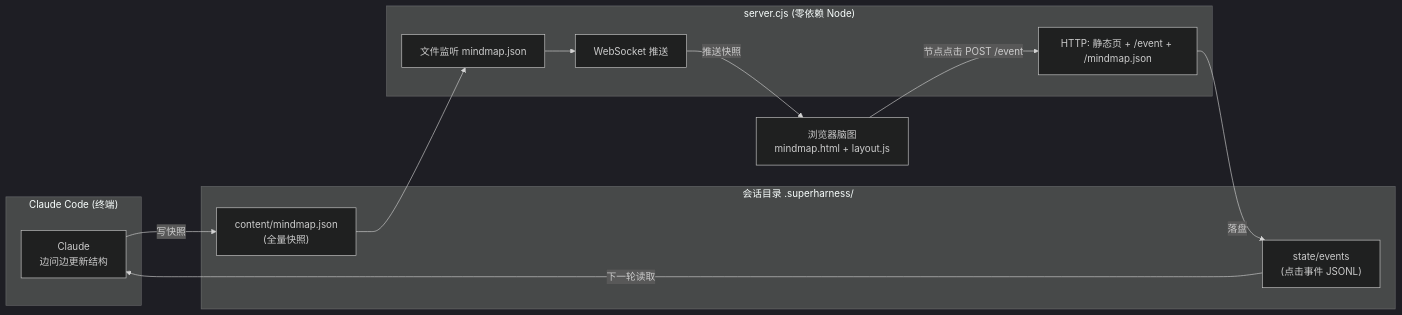
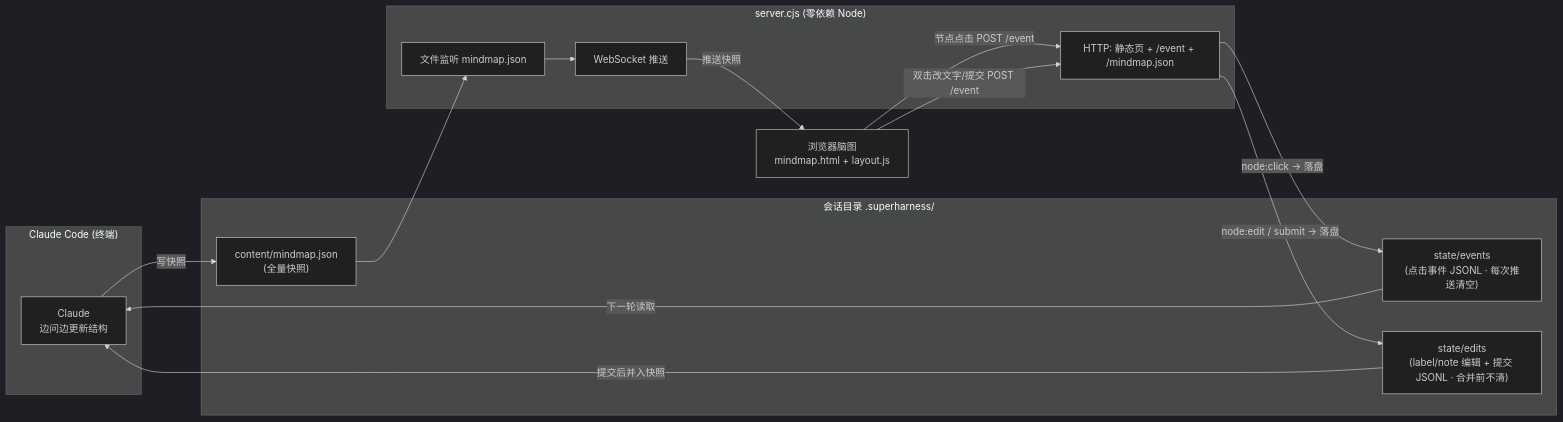
Before and after one commit to YachuanWzh/harness: the eighth of 12 diagrams in 技术方案文档.md, drawn with Mermaid (dark theme). The commit also changed other lines of this file, not shown here.

````diff
--- a/技术方案文档.md
+++ b/技术方案文档.md
@@ -277,24 +277,28 @@
 ```mermaid
 flowchart LR
     subgraph CC["Claude Code (终端)"]
         CLAUDE["Claude<br/>边问边更新结构"]
     end
     subgraph SRV["server.cjs (零依赖 Node)"]
         WATCH["文件监听 mindmap.json"]
         WS["WebSocket 推送"]
         HTTP["HTTP: 静态页 + /event + /mindmap.json"]
     end
     subgraph FILES["会话目录 .superharness/<session>"]
         SNAP["content/mindmap.json<br/>(全量快照)"]
-        EVT["state/events<br/>(点击事件 JSONL)"]
+        EVT["state/events<br/>(点击事件 JSONL · 每次推送清空)"]
+        EDT["state/edits<br/>(label/note 编辑 + 提交 JSONL · 合并前不清)"]
     end
     BROWSER["浏览器脑图<br/>mindmap.html + layout.js"]
 
     CLAUDE -->|写快照| SNAP
     SNAP --> WATCH
     WATCH --> WS
     WS -->|推送快照| BROWSER
     BROWSER -->|节点点击 POST /event| HTTP
-    HTTP -->|落盘| EVT
+    BROWSER -->|双击改文字/提交 POST /event| HTTP
+    HTTP -->|node:click → 落盘| EVT
+    HTTP -->|node:edit / submit → 落盘| EDT
     EVT -->|下一轮读取| CLAUDE
+    EDT -->|提交后并入快照| CLAUDE
 ```
````
